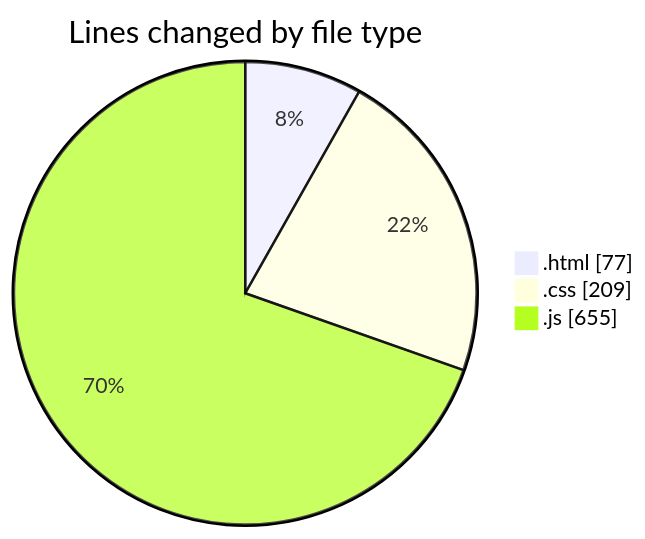
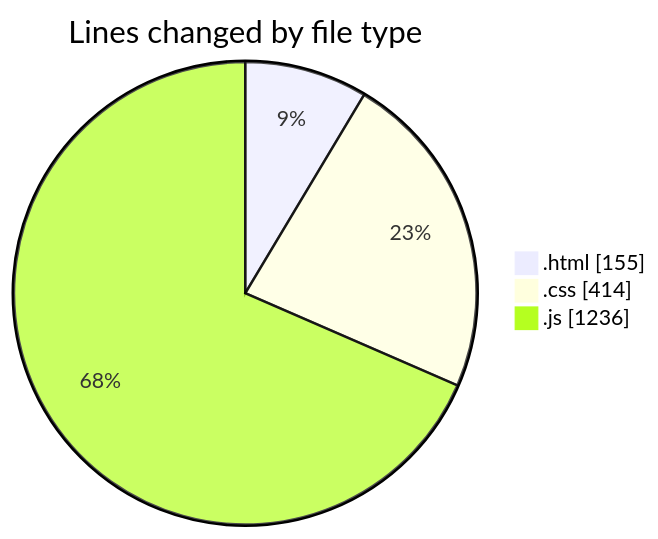
Before and after one commit to robertbonfada/code-tracking: the first of 2 diagrams in 2025-03-03/snake-game/README.md, drawn with Mermaid. The commit also changed other lines of this file and 1 other file, not shown here.

````diff
--- a/2025-03-03/snake-game/README.md
+++ b/2025-03-03/snake-game/README.md
@@ -23,7 +23,7 @@
 ```mermaid
 pie showData
 title Lines changed by file type
-".html" : 77
-".css" : 209
-".js" : 655
+".html" : 155
+".css" : 414
+".js" : 1236
 ```
````
